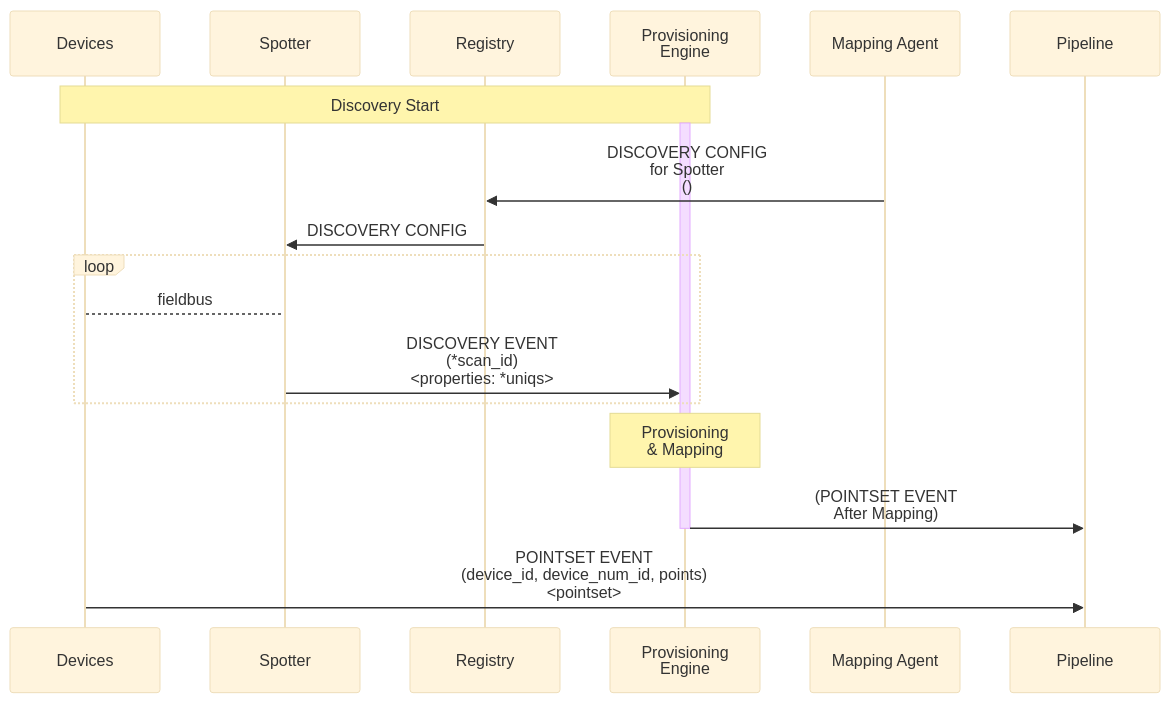
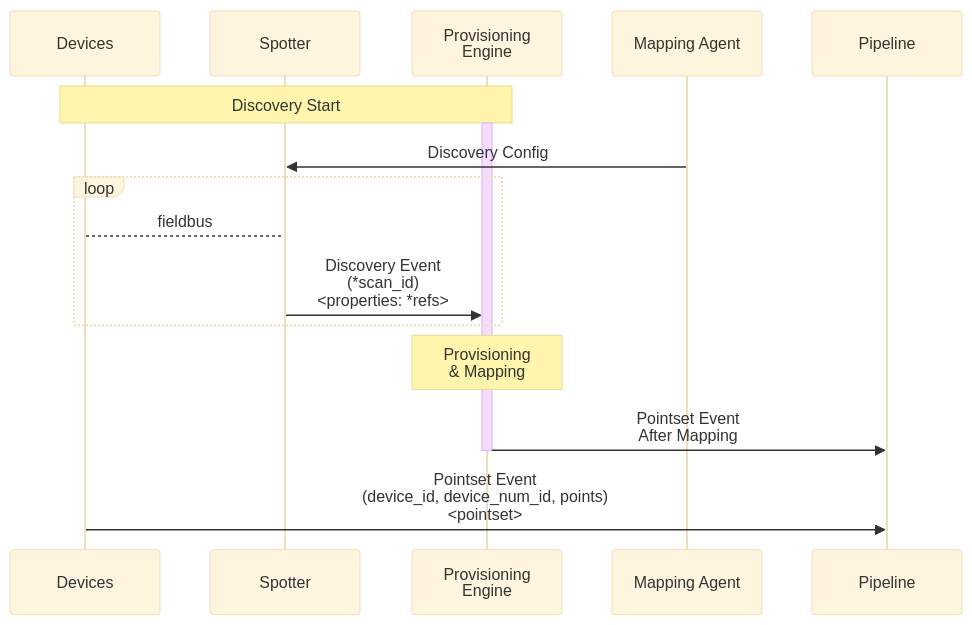
The diagram in docs/specs/discovery.md (faucetsdn/udmi), drawn with Mermaid (base theme) before and after one commit. The commit also changed other lines of this file and 1 other file, not shown here.

Commit message:
changes for documentation

````diff
--- a/docs/specs/discovery.md
+++ b/docs/specs/discovery.md
@@ -34,22 +33,20 @@
 ```mermaid
 sequenceDiagram
   %%{wrap}%%
   participant Devices
   participant Spotter
-  participant Registry
   participant Provisioning Engine
   participant Mapping Agent
   participant Pipeline
   Note over Devices, Provisioning Engine: Discovery Start
   activate Provisioning Engine
-  Mapping Agent->>Registry: DISCOVERY CONFIG<br/>for Spotter<br/>()
-  Registry->>Spotter: DISCOVERY CONFIG
+  Mapping Agent->>Spotter: Discovery Config
   loop
     Devices-->Spotter: fieldbus
-    Spotter->>Provisioning Engine: DISCOVERY EVENT<br/>(*scan_id)<br/><properties: *uniqs>
+    Spotter->>Provisioning Engine: Discovery Event<br/>(*scan_id)<br/><properties: *refs>
   end
   Note over Provisioning Engine: Provisioning<br/>& Mapping
-  Provisioning Engine ->> Pipeline: (POINTSET EVENT<br/>After Mapping)
+  Provisioning Engine ->> Pipeline: Pointset Event<br/>After Mapping
   deactivate Provisioning Engine
-  Devices->>Pipeline: POINTSET EVENT<br/>(device_id, device_num_id, points)<br/><pointset>
+  Devices->>Pipeline: Pointset Event<br/>(device_id, device_num_id, points)<br/><pointset>
 ```
````
